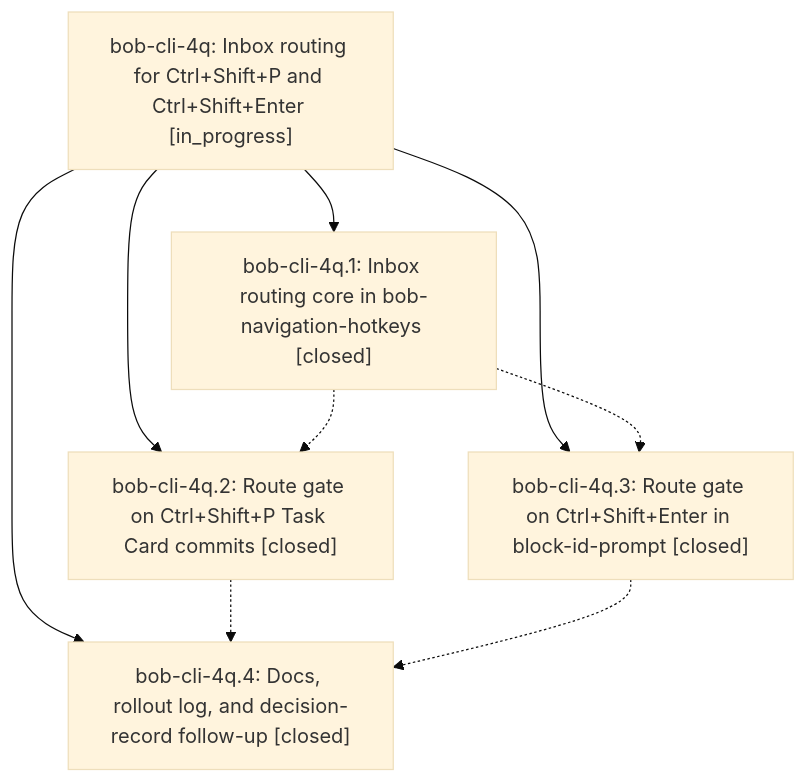
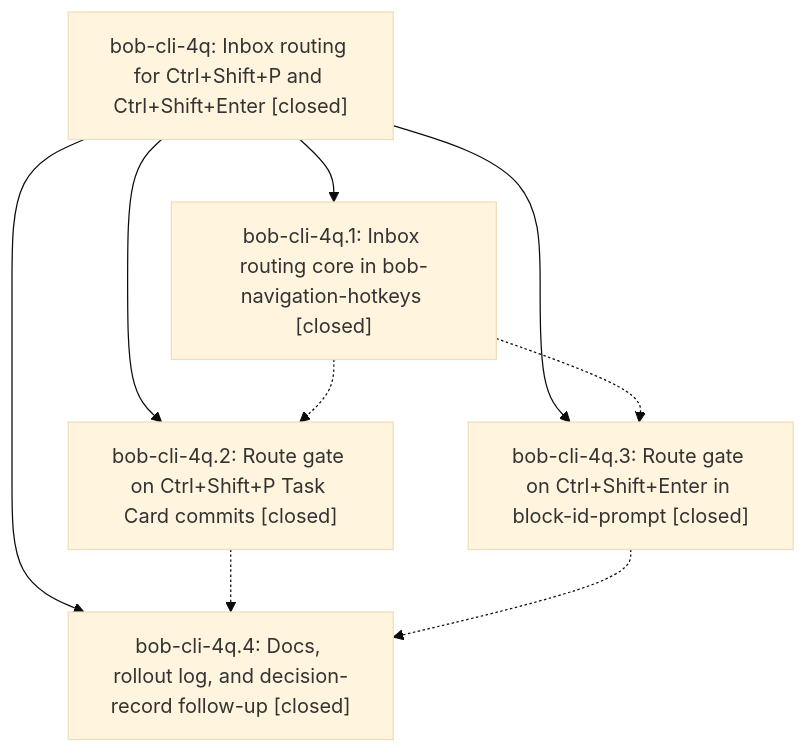
One commit to bobs-org/bob-cli--beads changed the diagram in pages/bob-cli-4q/README.md. Above: the diagram before and after it, drawn with Mermaid (base theme). The commit also changed other lines of this file, not shown here.

First line of the commit message:
chore(beads): sync bead state and pages for bob-cli-4q

````diff
--- a/pages/bob-cli-4q/README.md
+++ b/pages/bob-cli-4q/README.md
@@ -25,16 +33,16 @@
 ```mermaid
 flowchart TD
-    n0["bob-cli-4q: Inbox routing for Ctrl+Shift+P and Ctrl+Shift+Enter [in_progress]"]
+    n0["bob-cli-4q: Inbox routing for Ctrl+Shift+P and Ctrl+Shift+Enter [closed]"]
     n1["bob-cli-4q.1: Inbox routing core in bob-navigation-hotkeys [closed]"]
     n2["bob-cli-4q.2: Route gate on Ctrl+Shift+P Task Card commits [closed]"]
     n3["bob-cli-4q.3: Route gate on Ctrl+Shift+Enter in block-id-prompt [closed]"]
     n4["bob-cli-4q.4: Docs, rollout log, and decision-record follow-up [closed]"]
     n0 --> n1
     n0 --> n2
     n0 --> n3
     n0 --> n4
     n1 -.-> n2
     n1 -.-> n3
     n2 -.-> n4
     n3 -.-> n4
 ```
````
